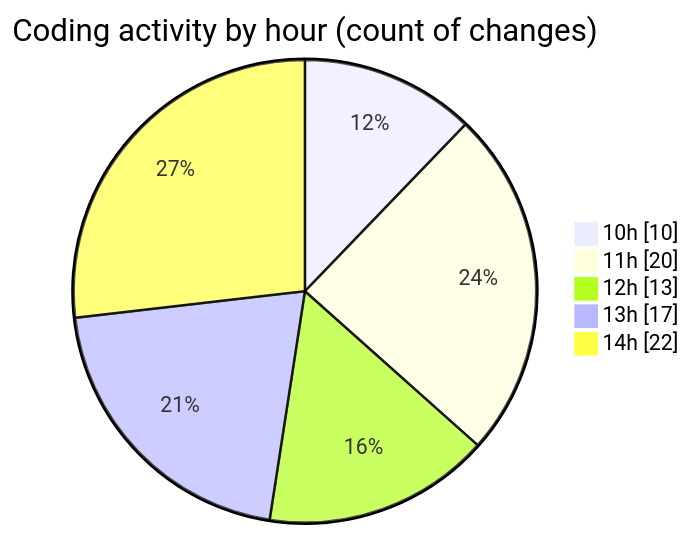
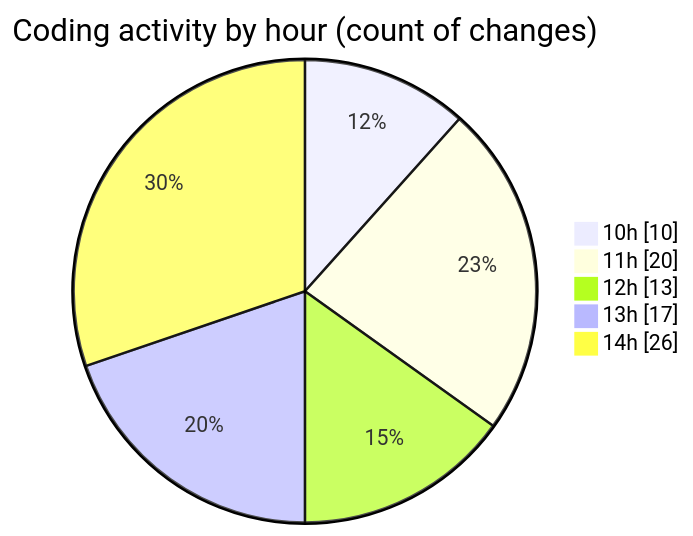
The second of 2 diagrams in 2025-03-31/jsvms/README.md (BS-eng2023/code-tracking), drawn with Mermaid before and after one commit. The commit also changed other lines of this file and 1 other file, not shown here.

````diff
--- a/2025-03-31/jsvms/README.md
+++ b/2025-03-31/jsvms/README.md
@@ -60,9 +60,9 @@
 ```mermaid
 pie showData
 title Coding activity by hour (count of changes)
 "10h" : 10
 "11h" : 20
 "12h" : 13
 "13h" : 17
-"14h" : 22
+"14h" : 26
 ```
````
